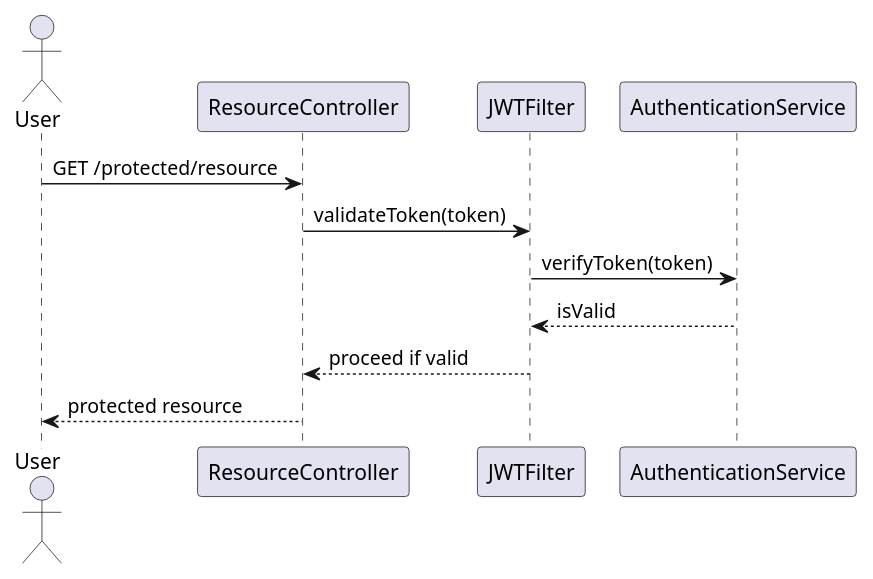
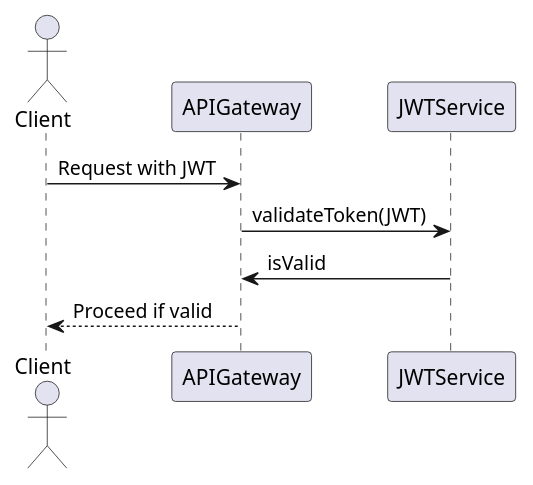
The third of 5 diagrams in enrollment/documentation/detaileddesign.adoc (Dinesh-s95/AutoDoc.ai), drawn with PlantUML before and after one commit. The commit also changed other lines of this file and 4 other files, not shown here.

```diff
--- a/enrollment/documentation/detaileddesign.adoc
+++ b/enrollment/documentation/detaileddesign.adoc
@@ -220,16 +219,10 @@
-[plantuml, jwt-validation-sequence, png]
+[plantuml, jwt-validation-flow, png]
 ----
 @startuml
-actor User
-participant "ResourceController" as Resource
-participant "JWTFilter" as Filter
-participant "AuthenticationService" as AuthService
-
-User -> Resource : GET /protected/resource
-Resource -> Filter : validateToken(token)
-Filter -> AuthService : verifyToken(token)
-AuthService --> Filter : isValid
-Filter --> Resource : proceed if valid
-Resource --> User : protected resource
+actor Client
+Client -> APIGateway: Request with JWT
+APIGateway -> JWTService: validateToken(JWT)
+JWTService -> APIGateway: isValid
+APIGateway --> Client: Proceed if valid
 @enduml
 ----
```
